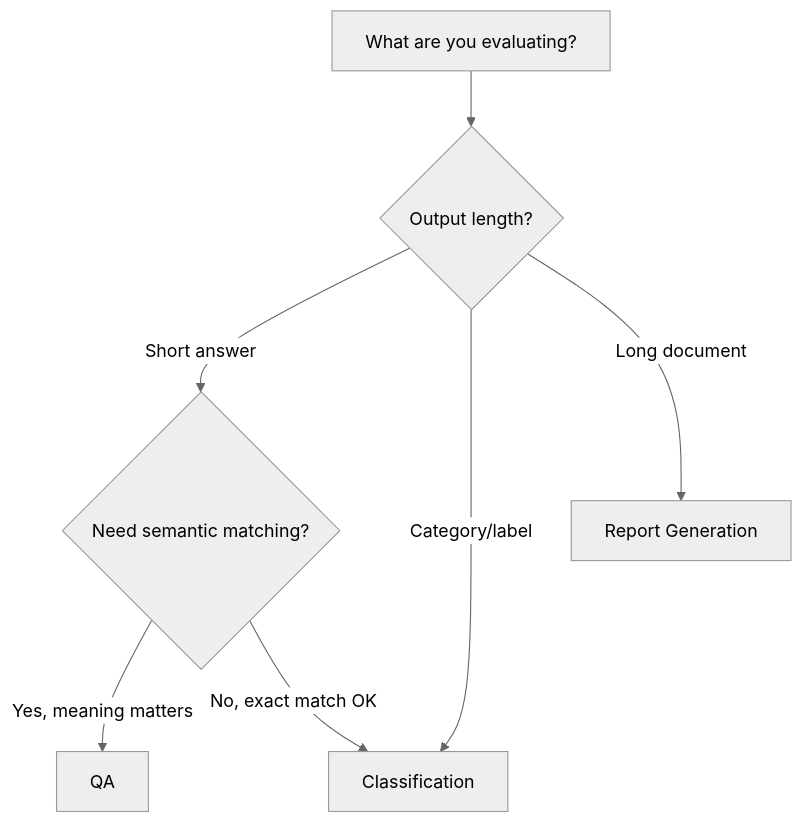
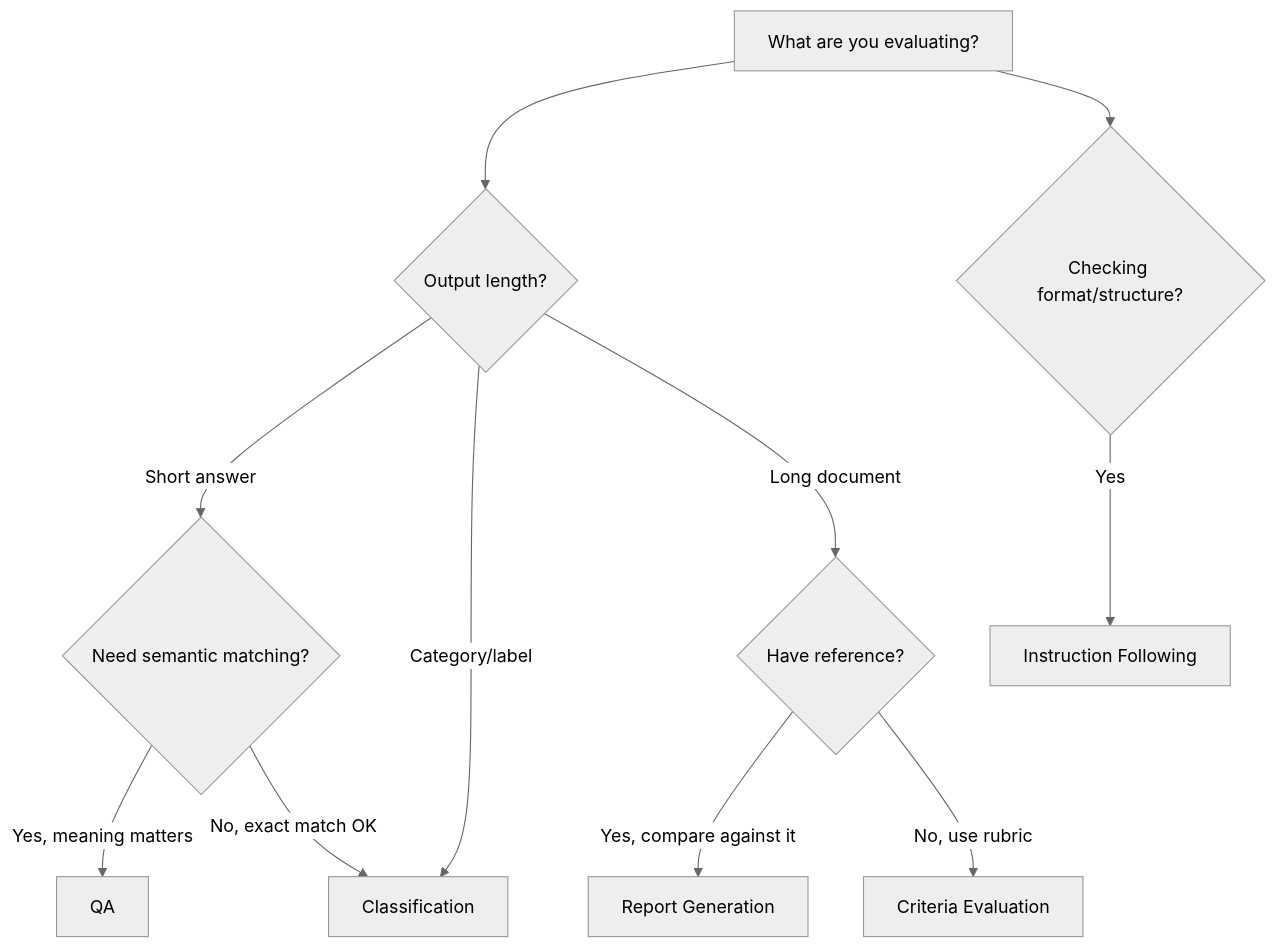
One commit to palace-ai/palace-eval changed the diagram in docs/task-types/index.md. Above: the diagram before and after it, drawn with Mermaid (neutral theme). The commit also changed other lines of this file and 9 other files, not shown here.

````diff
--- a/docs/task-types/index.md
+++ b/docs/task-types/index.md
@@ -67,9 +98,13 @@
 ```mermaid
 flowchart TD
     A[What are you evaluating?] --> B{Output length?}
     B -->|Short answer| C{Need semantic matching?}
     B -->|Category/label| D[Classification]
-    B -->|Long document| E[Report Generation]
+    B -->|Long document| E{Have reference?}
     C -->|Yes, meaning matters| F[QA]
     C -->|No, exact match OK| D
+    E -->|Yes, compare against it| G[Report Generation]
+    E -->|No, use rubric| H[Criteria Evaluation]
+    A --> I{Checking format/structure?}
+    I -->|Yes| J[Instruction Following]
 ```
````
